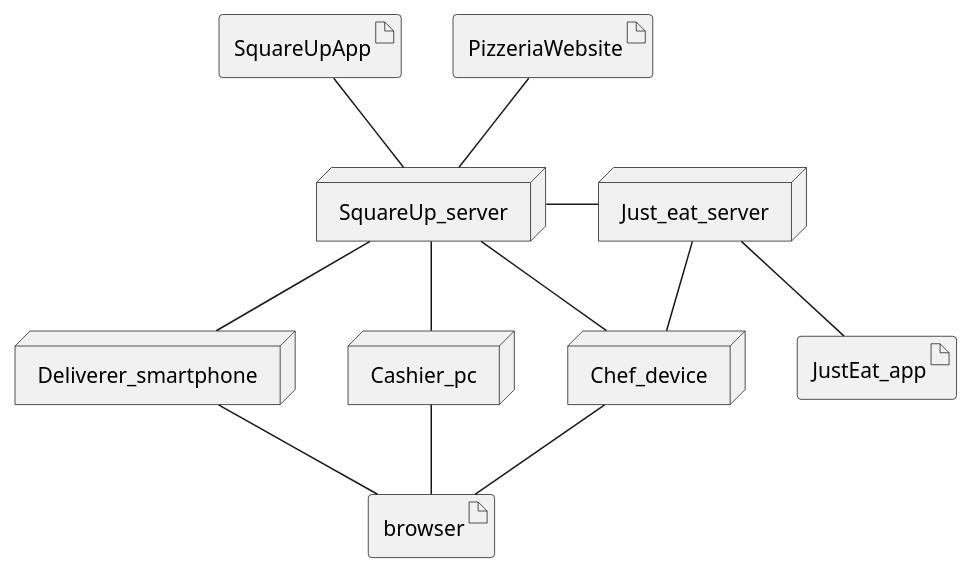
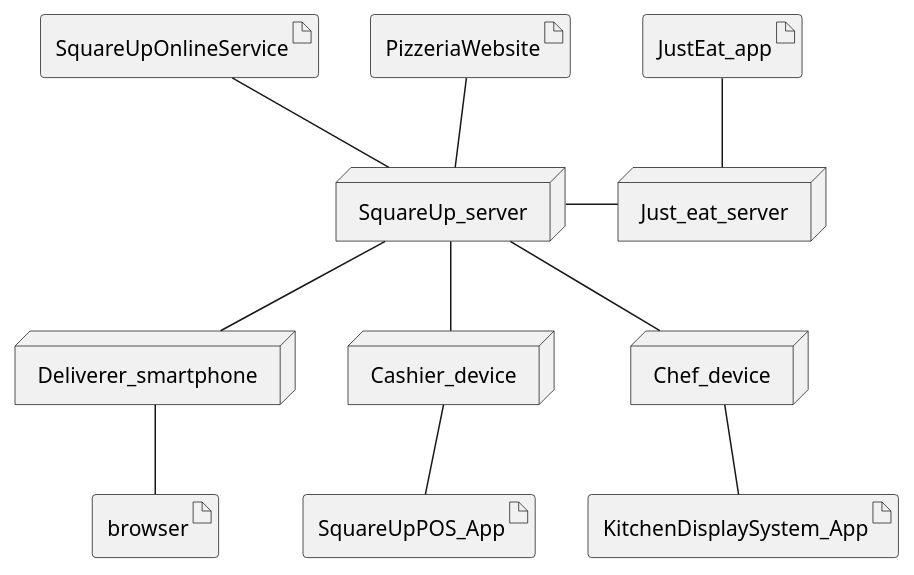
One commit to MattiaRiola/is-pizzeria-project changed the second of 2 diagrams in ReportToBe.md. Above: the diagram before and after it, drawn with PlantUML. The commit also changed other lines of this file and 1 other file, not shown here.

````diff
--- a/ReportToBe.md
+++ b/ReportToBe.md
@@ -199,26 +199,27 @@
 ```plantuml
 @startuml
 node Just_eat_server
 node SquareUp_server
 node Deliverer_smartphone
-node Cashier_pc
+node Cashier_device
 node Chef_device
 
 artifact JustEat_app
 artifact browser
-artifact SquareUpApp
+artifact SquareUpOnlineService
 artifact PizzeriaWebsite
+artifact KitchenDisplaySystem_App
+artifact SquareUpPOS_App
 
-Just_eat_server -- Chef_device
 SquareUp_server -r- Just_eat_server
-JustEat_app -u- Just_eat_server
-SquareUp_server -- Cashier_pc
+JustEat_app -- Just_eat_server
+SquareUp_server -- Cashier_device
 SquareUp_server -- Deliverer_smartphone
 SquareUp_server -- Chef_device
 SquareUp_server -u- PizzeriaWebsite  
-SquareUp_server -u- SquareUpApp
+SquareUp_server -u- SquareUpOnlineService
 Deliverer_smartphone  -- browser
-Chef_device  -- browser
-Cashier_pc  -- browser
+Chef_device  -- KitchenDisplaySystem_App
+Cashier_device  -- SquareUpPOS_App
 @enduml
 ```
````
